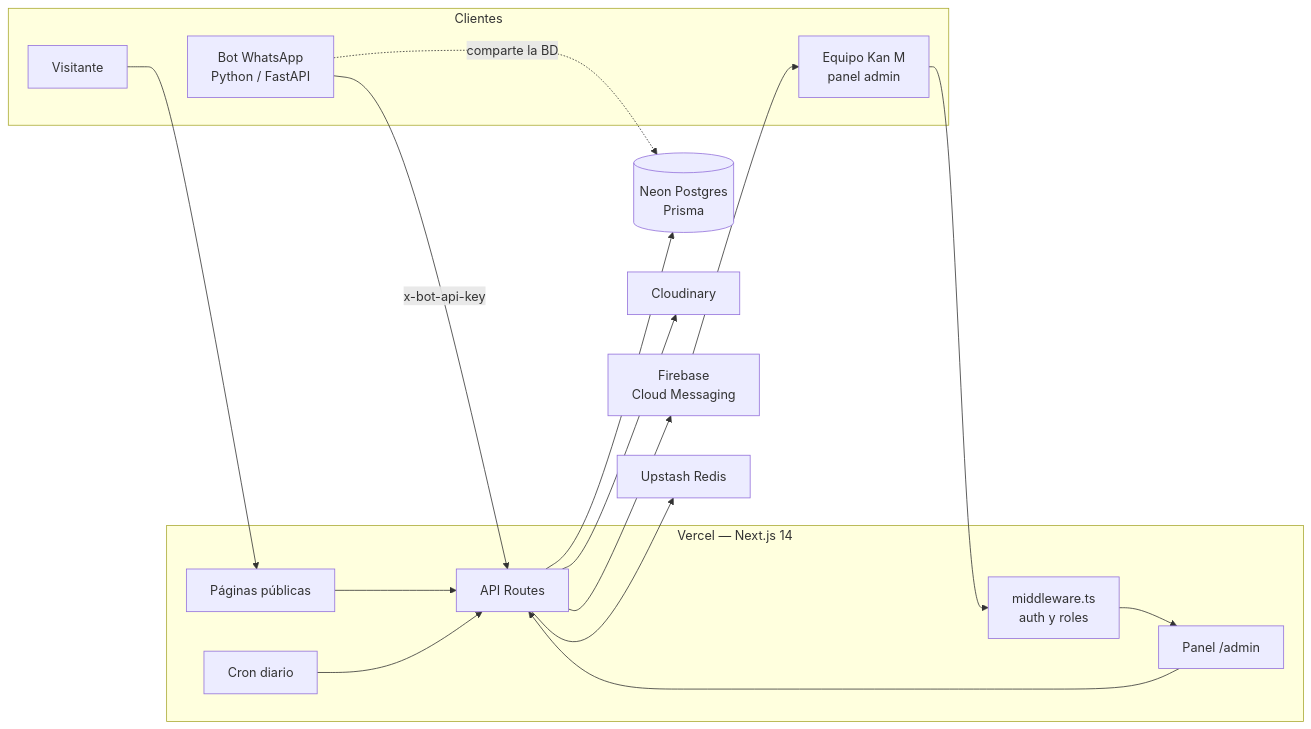
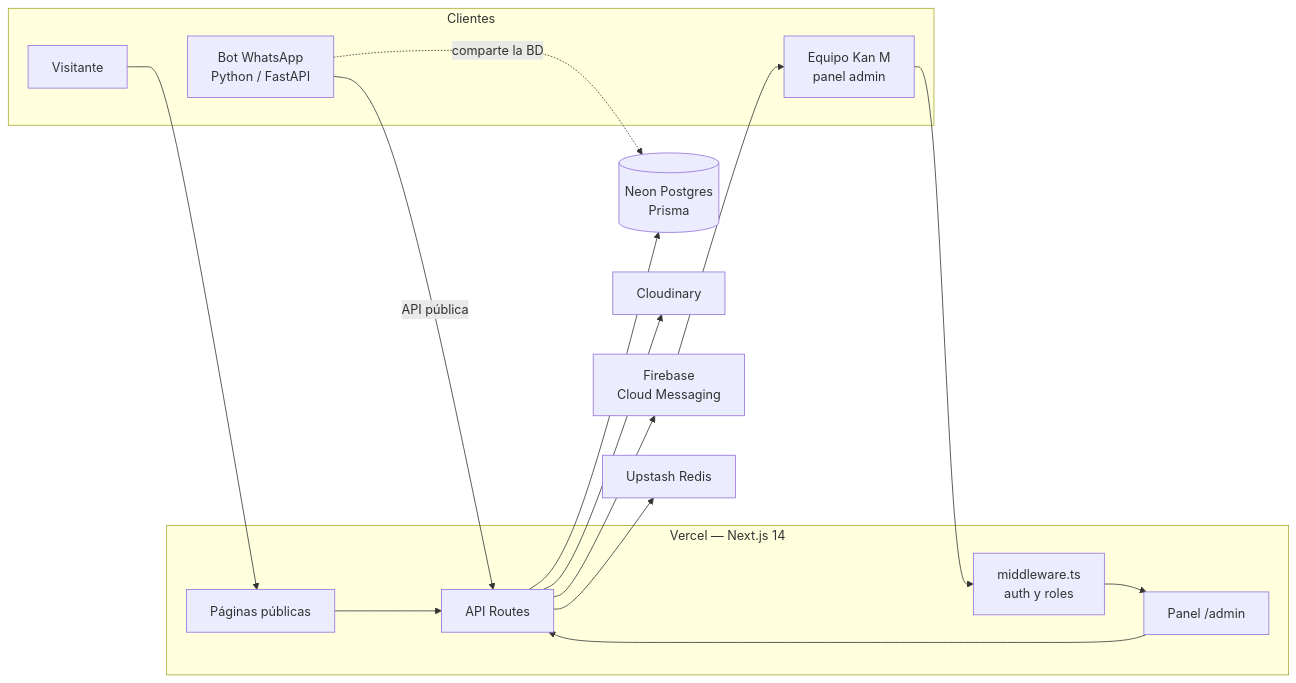
The diagram in README.md (4n1mah/kan-m-web), drawn with Mermaid before and after one commit. The commit also changed other lines of this file and 1 other file, not shown here.

````diff
--- a/README.md
+++ b/README.md
@@ -106,31 +108,29 @@
 ```mermaid
 flowchart LR
     subgraph Clientes
         V[Visitante]
         A[Equipo Kan M<br/>panel admin]
         B[Bot WhatsApp<br/>Python / FastAPI]
     end
 
     subgraph Vercel["Vercel — Next.js 14"]
         MW[middleware.ts<br/>auth y roles]
         P[Páginas públicas]
         ADM[Panel /admin]
         API[API Routes]
-        CRON[Cron diario]
     end
 
     DB[(Neon Postgres<br/>Prisma)]
     CL[Cloudinary]
     FCM[Firebase<br/>Cloud Messaging]
     UP[Upstash Redis]
 
     V --> P --> API
     A --> MW --> ADM --> API
-    B -- x-bot-api-key --> API
-    CRON --> API
+    B -- API pública --> API
     API --> DB
     API --> CL
     API --> UP
     API --> FCM --> A
     B -. comparte la BD .-> DB
 ```
````
